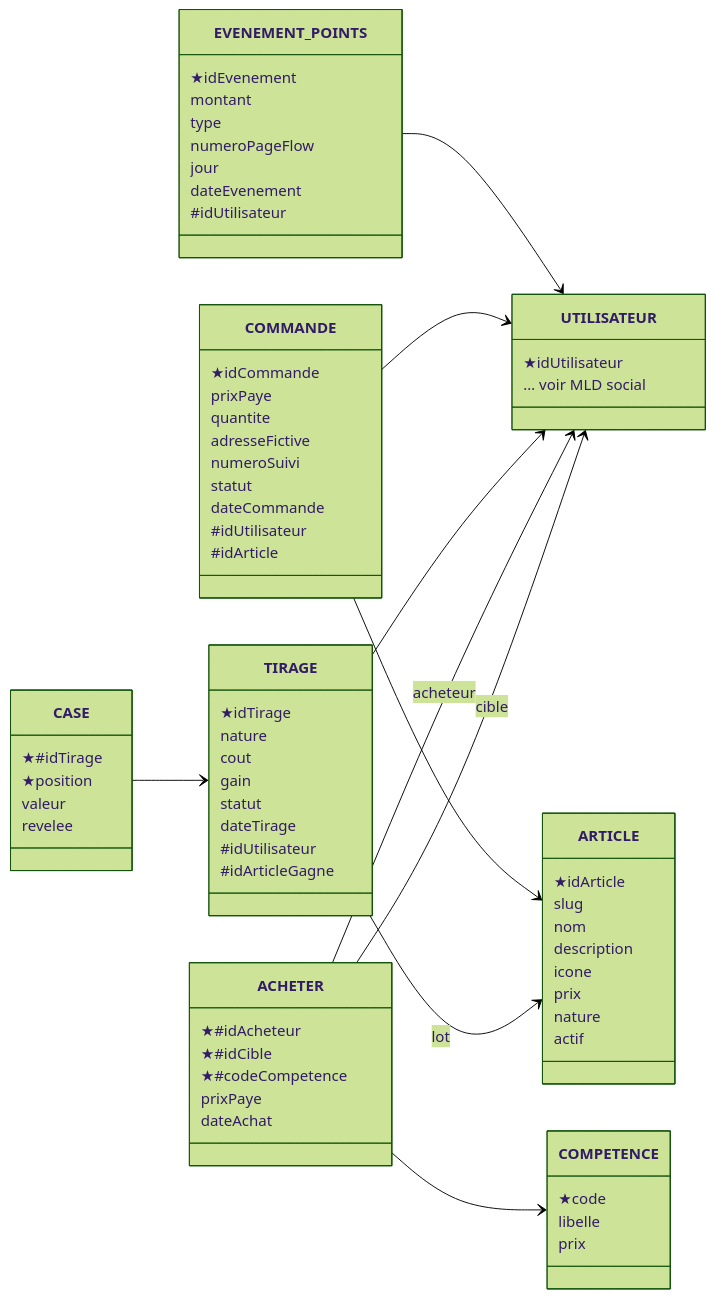
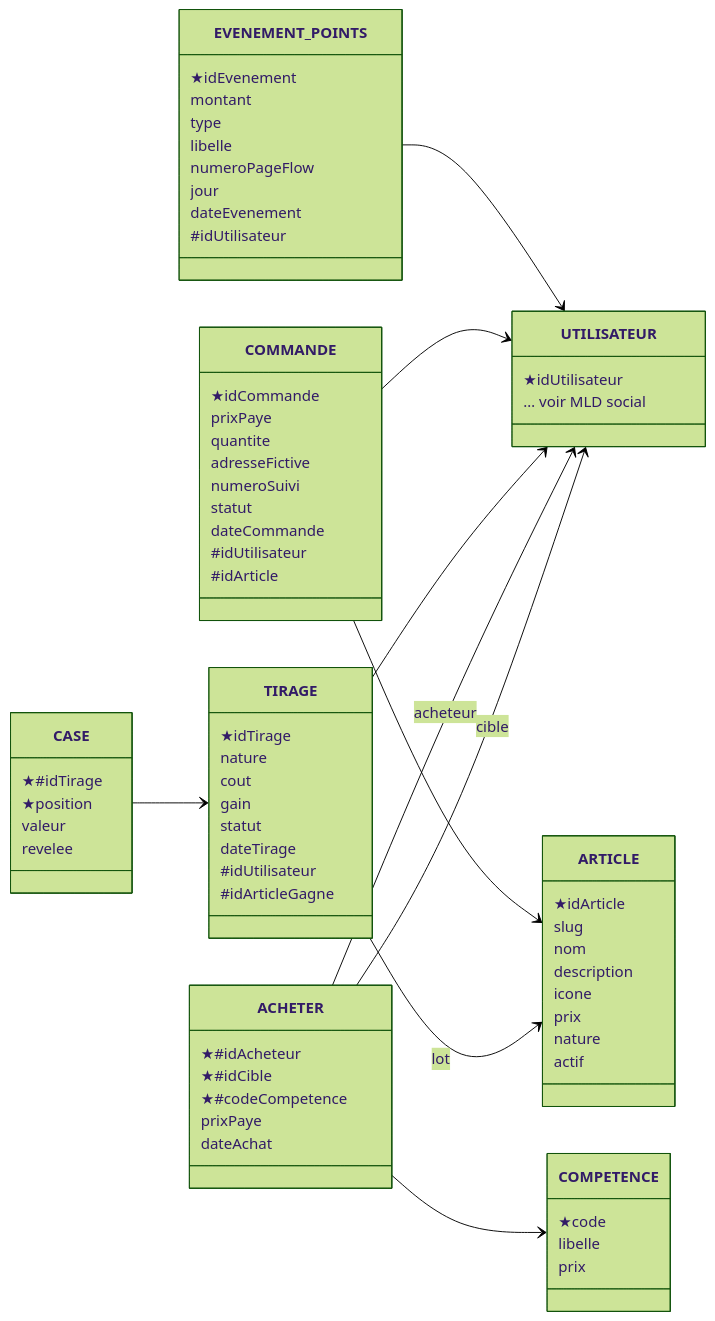
One commit to Kyliantvv/detox-app changed the fourth of 6 diagrams in docs/db/merise.md. Above: the diagram before and after it, drawn with Mermaid (forest theme). The commit also changed other lines of this file and 3 other files, not shown here.

````diff
--- a/docs/db/merise.md
+++ b/docs/db/merise.md
@@ -300,59 +360,60 @@
 ```mermaid
 classDiagram
 direction LR
 class UTILISATEUR { ★idUtilisateur
   … voir MLD social }
 class EVENEMENT_POINTS { ★idEvenement
   montant
   type
+  libelle
   numeroPageFlow
   jour
   dateEvenement
   #idUtilisateur }
 class ARTICLE { ★idArticle
   slug
   nom
   description
   icone
   prix
   nature
   actif }
 class COMMANDE { ★idCommande
   prixPaye
   quantite
   adresseFictive
   numeroSuivi
   statut
   dateCommande
   #idUtilisateur
   #idArticle }
 class TIRAGE { ★idTirage
   nature
   cout
   gain
   statut
   dateTirage
   #idUtilisateur
   #idArticleGagne }
 class CASE { ★#idTirage
   ★position
   valeur
   revelee }
 class COMPETENCE { ★code
   libelle
   prix }
 class ACHETER { ★#idAcheteur
   ★#idCible
   ★#codeCompetence
   prixPaye
   dateAchat }
 EVENEMENT_POINTS --> UTILISATEUR
 COMMANDE --> UTILISATEUR
 COMMANDE --> ARTICLE
 TIRAGE --> UTILISATEUR
 TIRAGE --> ARTICLE : lot
 CASE --> TIRAGE
 ACHETER --> UTILISATEUR : acheteur
 ACHETER --> UTILISATEUR : cible
 ACHETER --> COMPETENCE
 ```
````
